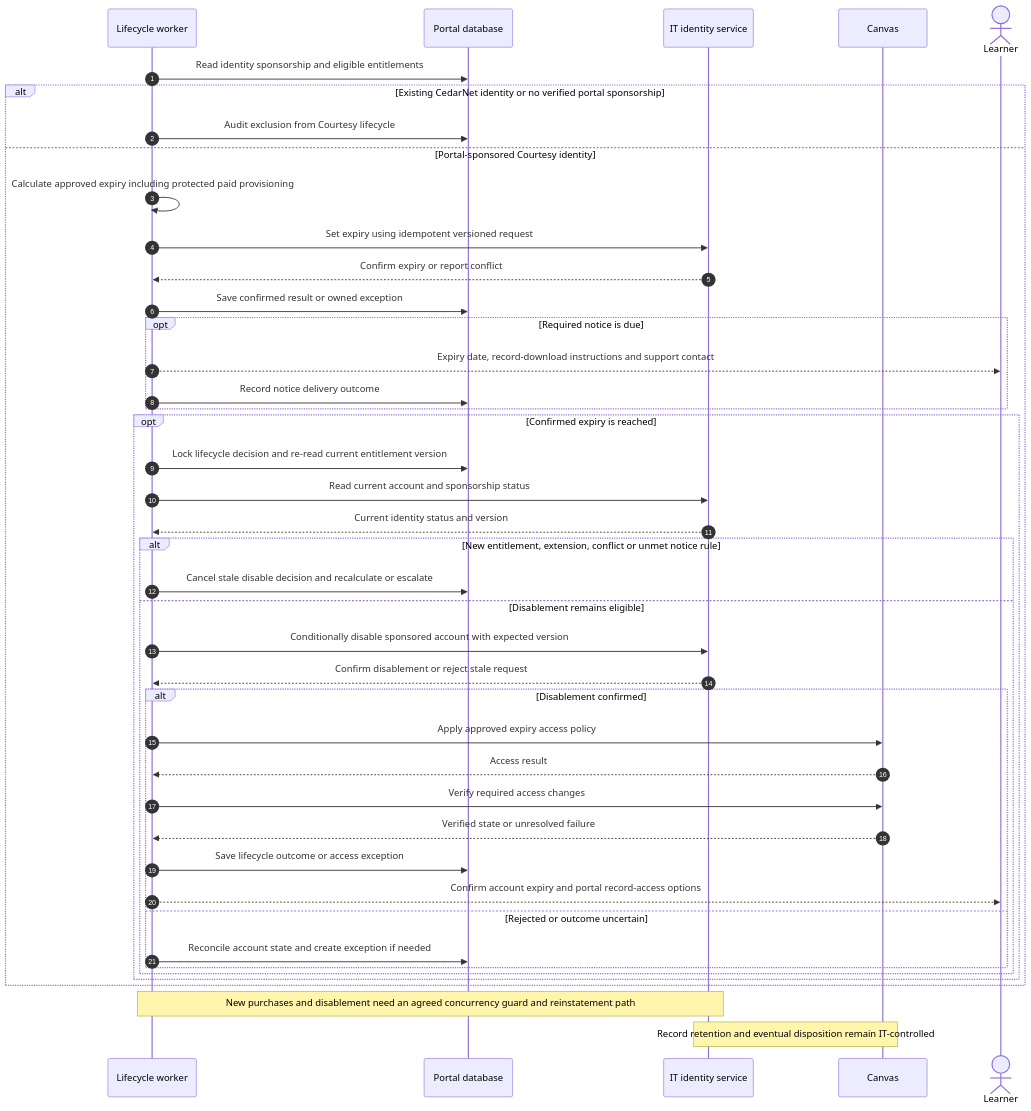
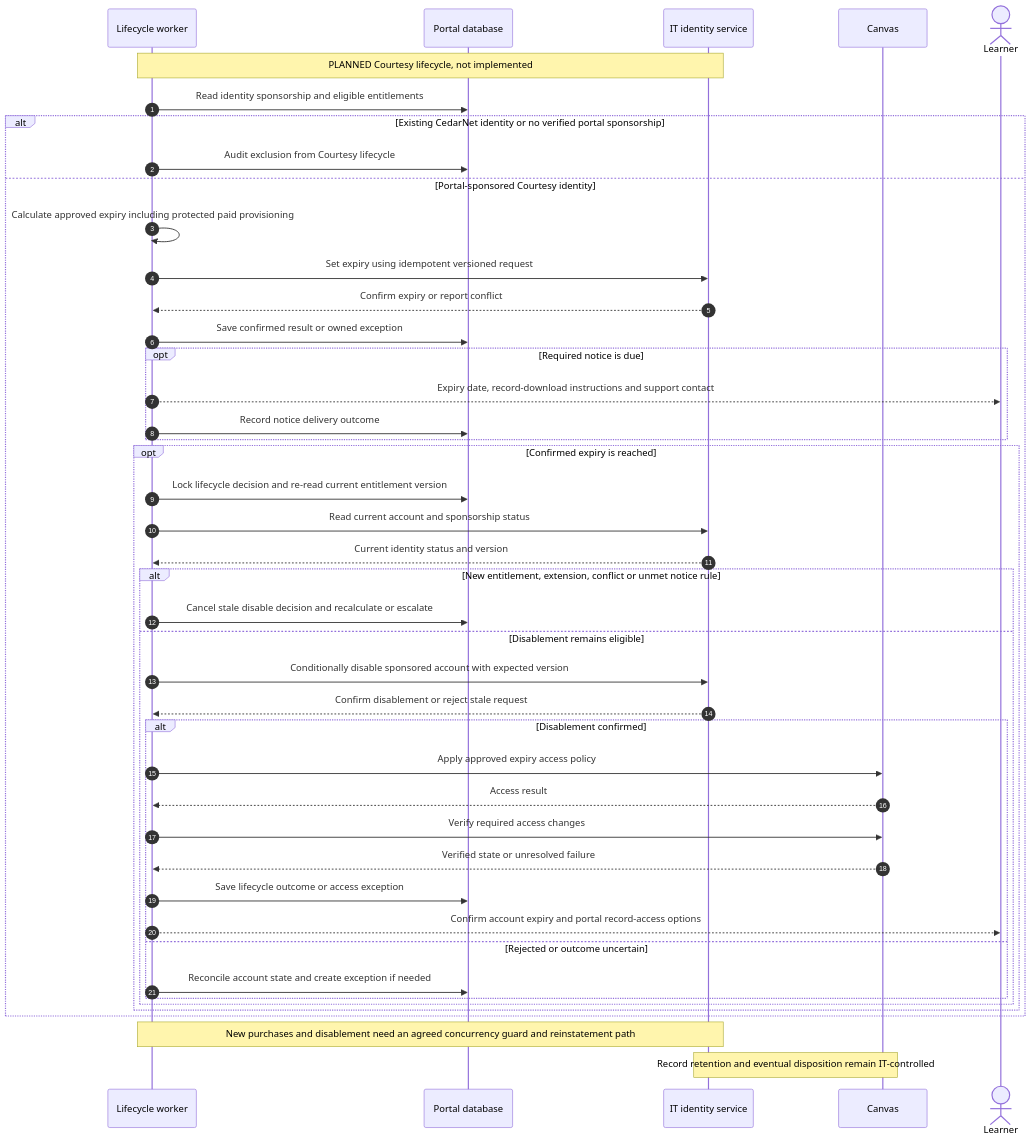
Before and after one commit to dr-grizz/Continuing-Education: diagram 12 of 14 in docs/implementation-plan.md, drawn with Mermaid. The commit also changed other lines of this file and 74 other files, not shown here.

````diff
--- a/docs/implementation-plan.md
+++ b/docs/implementation-plan.md
@@ -714,45 +824,46 @@
 ```mermaid
 sequenceDiagram
     autonumber
     participant Worker as Lifecycle worker
     participant DB as Portal database
     participant Identity as IT identity service
     participant Canvas
     actor Learner
+    Note over Worker,Identity: PLANNED Courtesy lifecycle, not implemented
     Worker->>DB: Read identity sponsorship and eligible entitlements
     alt Existing CedarNet identity or no verified portal sponsorship
         Worker->>DB: Audit exclusion from Courtesy lifecycle
     else Portal-sponsored Courtesy identity
         Worker->>Worker: Calculate approved expiry including protected paid provisioning
         Worker->>Identity: Set expiry using idempotent versioned request
         Identity-->>Worker: Confirm expiry or report conflict
         Worker->>DB: Save confirmed result or owned exception
         opt Required notice is due
             Worker-->>Learner: Expiry date, record-download instructions and support contact
             Worker->>DB: Record notice delivery outcome
         end
         opt Confirmed expiry is reached
             Worker->>DB: Lock lifecycle decision and re-read current entitlement version
             Worker->>Identity: Read current account and sponsorship status
             Identity-->>Worker: Current identity status and version
             alt New entitlement, extension, conflict or unmet notice rule
                 Worker->>DB: Cancel stale disable decision and recalculate or escalate
             else Disablement remains eligible
                 Worker->>Identity: Conditionally disable sponsored account with expected version
                 Identity-->>Worker: Confirm disablement or reject stale request
                 alt Disablement confirmed
                     Worker->>Canvas: Apply approved expiry access policy
                     Canvas-->>Worker: Access result
                     Worker->>Canvas: Verify required access changes
                     Canvas-->>Worker: Verified state or unresolved failure
                     Worker->>DB: Save lifecycle outcome or access exception
                     Worker-->>Learner: Confirm account expiry and portal record-access options
                 else Rejected or outcome uncertain
                     Worker->>DB: Reconcile account state and create exception if needed
                 end
             end
         end
     end
     Note over Worker,Identity: New purchases and disablement need an agreed concurrency guard and reinstatement path
     Note over Identity,Canvas: Record retention and eventual disposition remain IT-controlled
 ```
````
